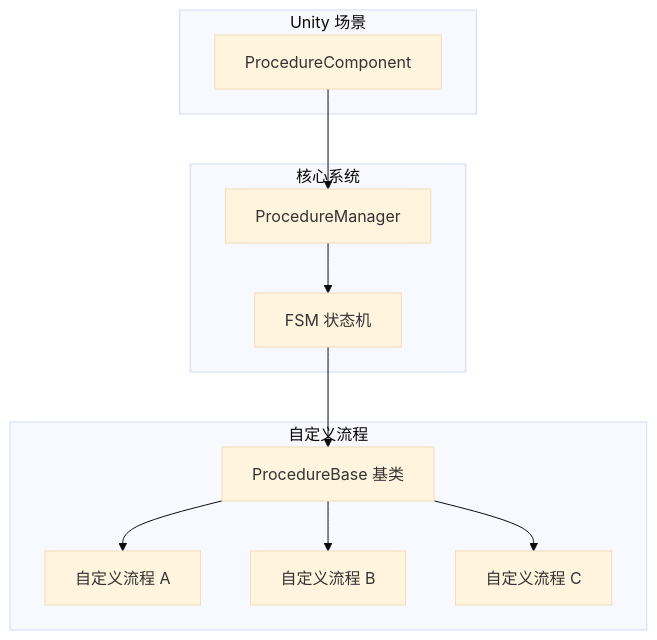
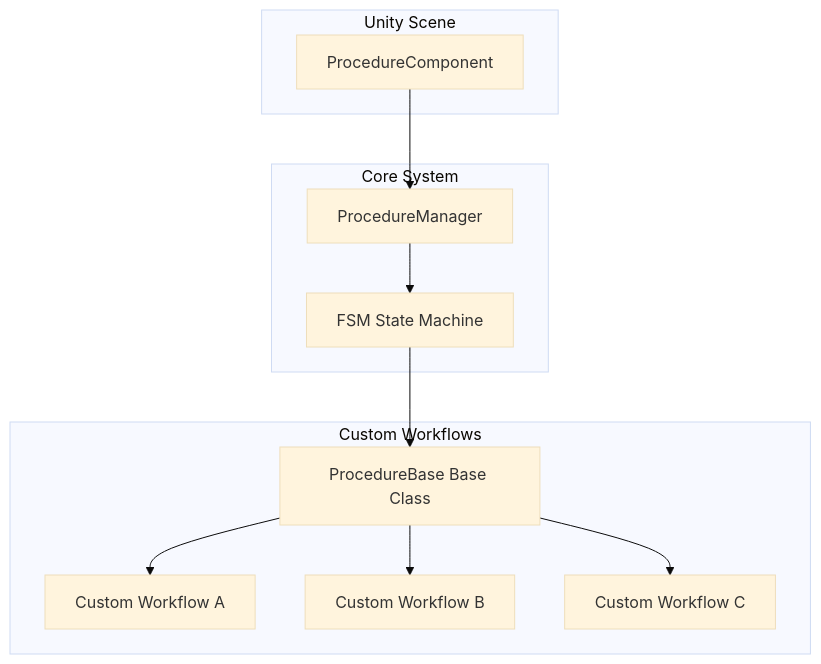
The first of 2 diagrams in docs/en/client/unity/component/procedure/09.custom-procedures.md (AlianBlank/GameFrameX.Docs), drawn with Mermaid (base theme) before and after one commit. The commit also changed other lines of this file and 242 other files, not shown here.

````diff
--- a/docs/en/client/unity/component/procedure/09.custom-procedures.md
+++ b/docs/en/client/unity/component/procedure/09.custom-procedures.md
@@ -9,25 +9,25 @@
 ```mermaid
 flowchart TD
-    subgraph Unity["Unity 场景"]
+    subgraph Unity["Unity Scene"]
         PC[ProcedureComponent]
     end
-    
-    subgraph Core["核心系统"]
+
+    subgraph Core["Core System"]
         PM[ProcedureManager]
-        FSM[FSM 状态机]
+        FSM[FSM State Machine]
     end
-    
-    subgraph Procedures["自定义流程"]
-        P1[ProcedureBase 基类]
-        P2[自定义流程 A]
-        P3[自定义流程 B]
-        P4[自定义流程 C]
+
+    subgraph Procedures["Custom Workflows"]
+        P1[ProcedureBase Base Class]
+        P2[Custom Workflow A]
+        P3[Custom Workflow B]
+        P4[Custom Workflow C]
     end
-    
+
     PC --> PM
     PM --> FSM
     FSM --> P1
     P1 --> P2
     P1 --> P3
     P1 --> P4
 ```
````
